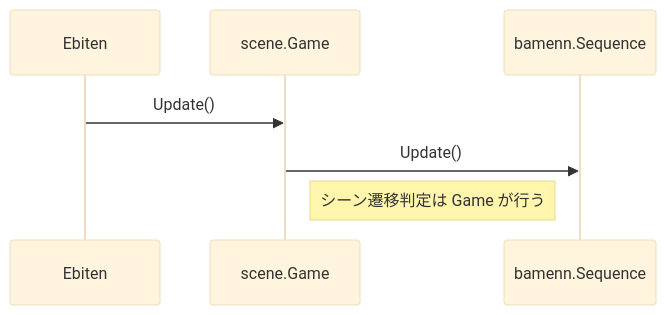
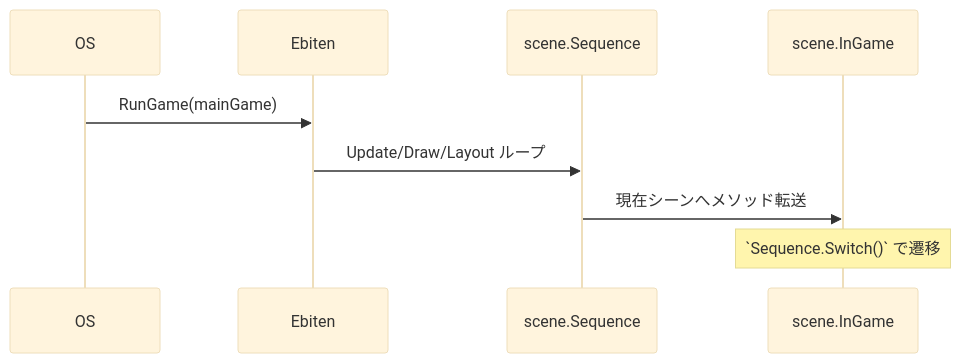
One commit to noppikinatta/ebitenginegamejam2025 changed the diagram in design.md. Above: the diagram before and after it, drawn with Mermaid (base theme). The commit also changed other lines of this file, not shown here.

````diff
--- a/design.md
+++ b/design.md
@@ -36,9 +37,11 @@
 ```mermaid
 sequenceDiagram
+    participant OS
     participant Ebiten
-    participant Game as scene.Game
-    participant Sequence as bamenn.Sequence
-    Ebiten->>Game: Update()
-    Game->>Sequence: Update()
-    Note right of Game: シーン遷移判定は Game が行う
+    participant Game as scene.Sequence
+    participant Scene as scene.InGame
+    OS->>Ebiten: RunGame(mainGame)
+    Ebiten->>Game: Update/Draw/Layout ループ
+    Game->>Scene: 現在シーンへメソッド転送
+    Note over Scene: `Sequence.Switch()` で遷移
 ```
````
